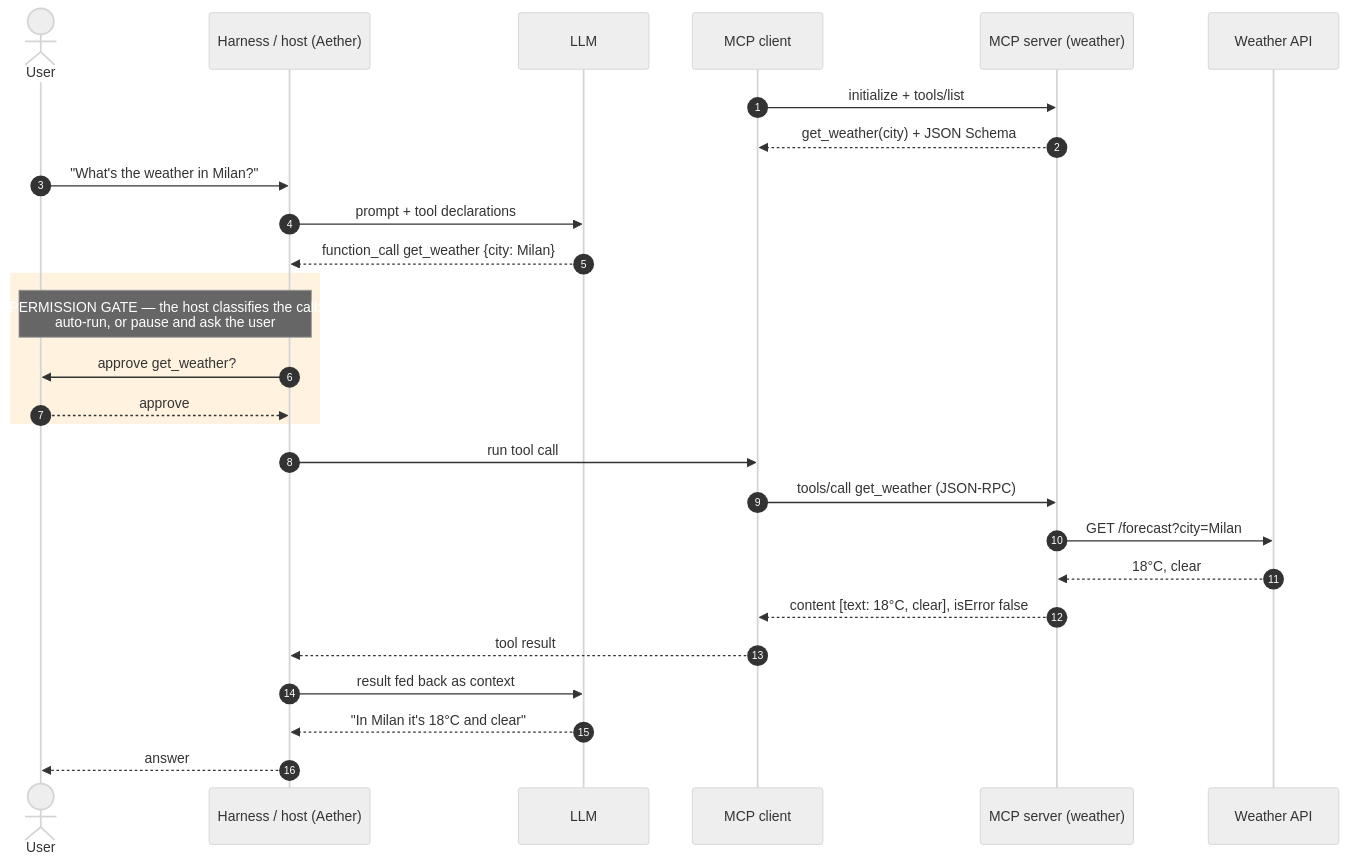
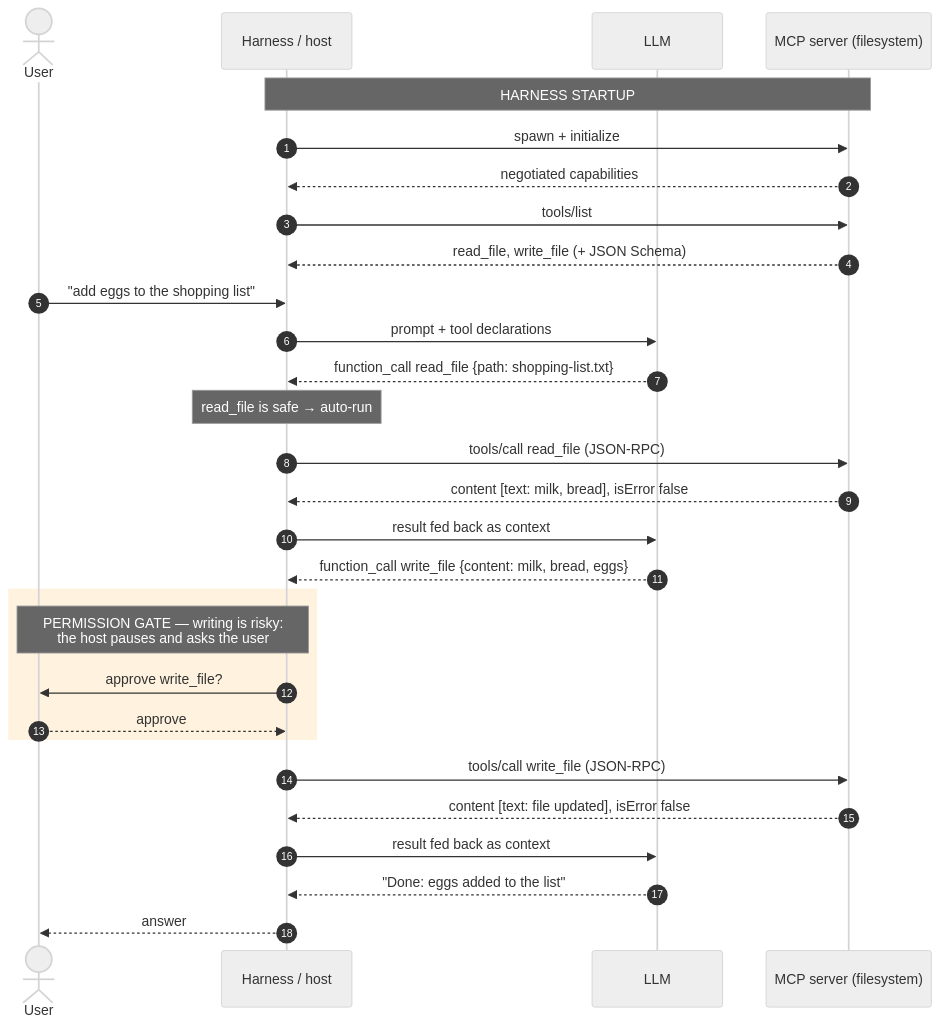
Before and after one commit to MichelePolo/Aether: the first of 4 diagrams in docs/guides/builtin-mcp.md, drawn with Mermaid (neutral theme). The commit also changed other lines of this file and 1 other file, not shown here.

Commit message:
docs: beginner-friendly MCP intro diagram in builtin-mcp guide (EN+IT) (#136)
Replace the §1 weather-tool sequence diagram with a generic minimal
example: a hypothetical filesystem MCP server spawned at harness
startup (initialize + tools/list discovery), then a read_file →
write_file chain driven by "add eggs to the shopping list". Fewer
participants (no separate MCP client, no external API), the permission
gate shown on the risky write only, and the safe-read auto-run
contrast annotated inline.

````diff
--- a/docs/guides/builtin-mcp.md
+++ b/docs/guides/builtin-mcp.md
@@ -41,30 +41,33 @@
 ```mermaid
 sequenceDiagram
     autonumber
     actor U as User
-    participant H as Harness / host (Aether)
+    participant H as Harness / host
     participant L as LLM
-    participant C as MCP client
-    participant S as MCP server (weather)
-    participant W as Weather API
+    participant S as MCP server (filesystem)
 
-    C->>S: initialize + tools/list
-    S-->>C: get_weather(city) + JSON Schema
-    U->>H: "What's the weather in Milan?"
+    Note over H,S: HARNESS STARTUP
+    H->>S: spawn + initialize
+    S-->>H: negotiated capabilities
+    H->>S: tools/list
+    S-->>H: read_file, write_file (+ JSON Schema)
+
+    U->>H: "add eggs to the shopping list"
     H->>L: prompt + tool declarations
-    L-->>H: function_call get_weather {city: Milan}
+    L-->>H: function_call read_file {path: shopping-list.txt}
+    Note over H: read_file is safe → auto-run
+    H->>S: tools/call read_file (JSON-RPC)
+    S-->>H: content [text: milk, bread], isError false
+    H->>L: result fed back as context
+    L-->>H: function_call write_file {content: milk, bread, eggs}
     rect rgb(255, 243, 224)
-        Note over U,H: PERMISSION GATE — the host classifies the call:<br/>auto-run, or pause and ask the user
-        H->>U: approve get_weather?
+        Note over U,H: PERMISSION GATE — writing is risky:<br/>the host pauses and asks the user
+        H->>U: approve write_file?
         U-->>H: approve
     end
-    H->>C: run tool call
-    C->>S: tools/call get_weather (JSON-RPC)
-    S->>W: GET /forecast?city=Milan
-    W-->>S: 18°C, clear
-    S-->>C: content [text: 18°C, clear], isError false
-    C-->>H: tool result
+    H->>S: tools/call write_file (JSON-RPC)
+    S-->>H: content [text: file updated], isError false
     H->>L: result fed back as context
-    L-->>H: "In Milan it's 18°C and clear"
+    L-->>H: "Done: eggs added to the list"
     H-->>U: answer
 ```
````
